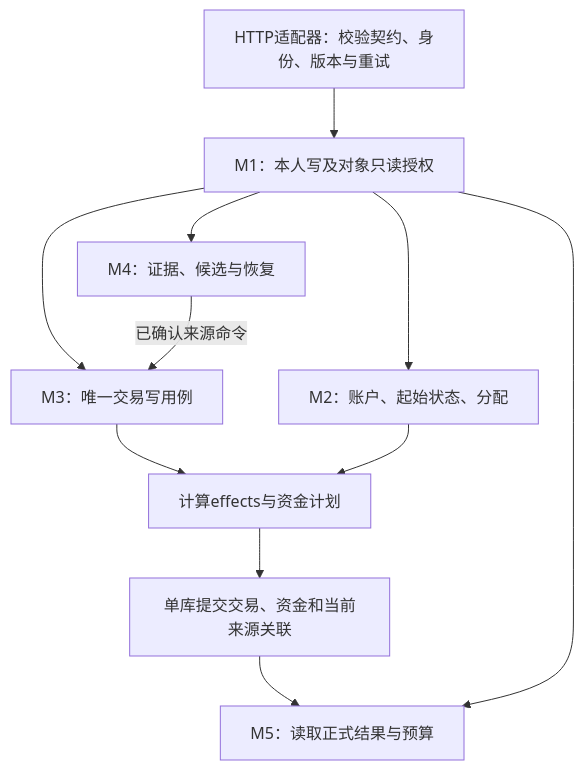
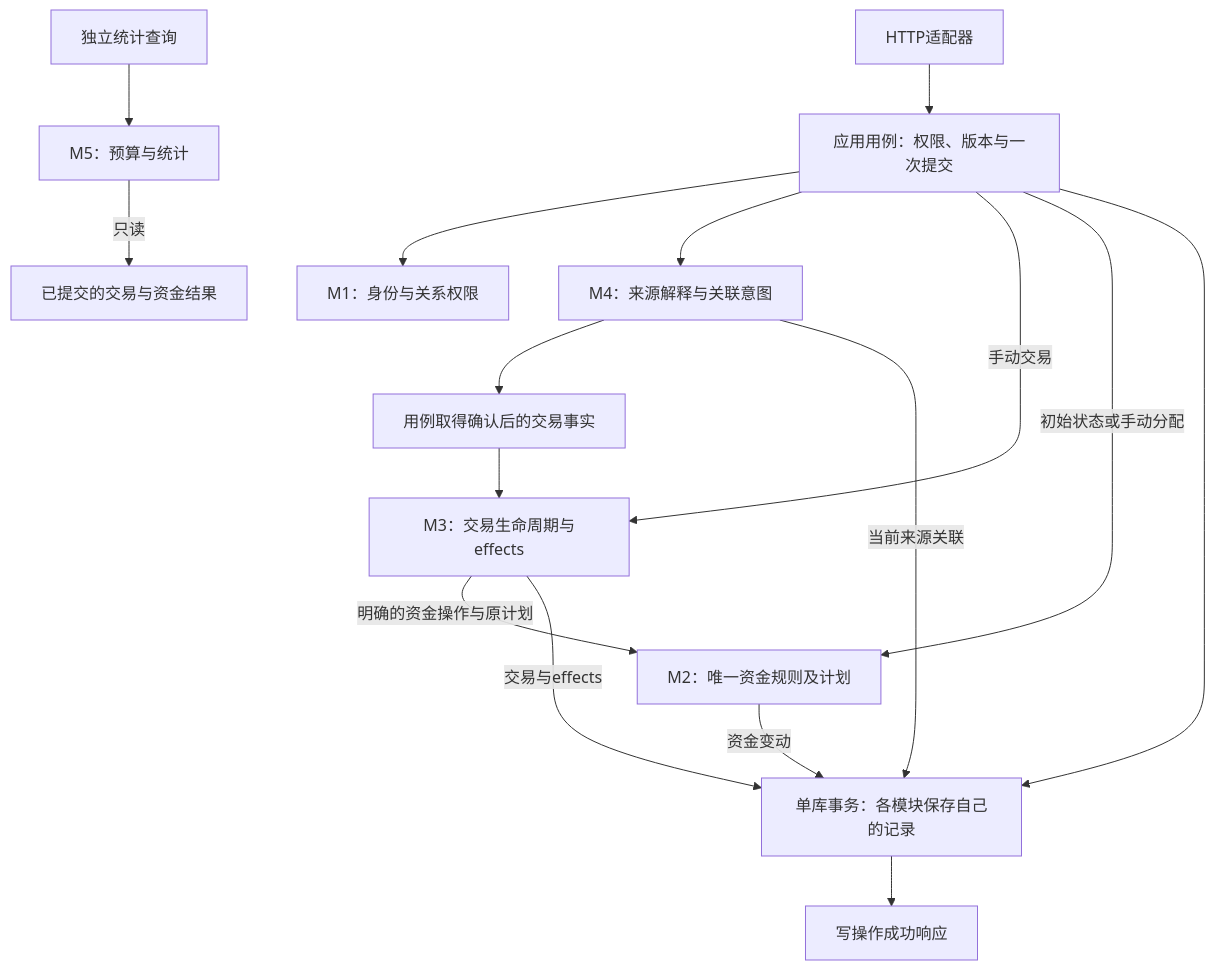
Before and after one commit to AsteriaAnna/ledger-final: the diagram in docs/ENGINEERING_MODULE_BOUNDARIES.md, drawn with Mermaid. The commit also changed other lines of this file and 7 other files, not shown here.

````diff
--- a/docs/ENGINEERING_MODULE_BOUNDARIES.md
+++ b/docs/ENGINEERING_MODULE_BOUNDARIES.md
@@ -109,13 +113,18 @@
 ```mermaid
 flowchart TB
-  API["HTTP适配器：校验契约、身份、版本与重试"] --> M1["M1：本人写及对象只读授权"]
-  M1 --> M2["M2：账户、起始状态、分配"]
-  M1 --> M3["M3：唯一交易写用例"]
-  M1 --> M4["M4：证据、候选与恢复"]
-  M4 -->|已确认来源命令| M3
-  M3 --> Funds["计算effects与资金计划"]
-  M2 --> Funds
-  Funds --> Commit["单库提交交易、资金和当前来源关联"]
-  Commit --> M5["M5：读取正式结果与预算"]
-  M1 --> M5
+  API["HTTP适配器"] --> App["应用用例：权限、版本与一次提交"]
+  App --> M1["M1：身份与关系权限"]
+  App --> M4["M4：来源解释与关联意图"]
+  M4 --> Facts["用例取得确认后的交易事实"]
+  Facts --> M3["M3：交易生命周期与effects"]
+  App -->|手动交易| M3
+  M3 -->|明确的资金操作与原计划| M2["M2：唯一资金规则及计划"]
+  App -->|初始状态或手动分配| M2
+  App --> Commit["单库事务：各模块保存自己的记录"]
+  M3 -->|交易与effects| Commit
+  M2 -->|资金变动| Commit
+  M4 -->|当前来源关联| Commit
+  Commit --> Done["写操作成功响应"]
+  Query["独立统计查询"] --> M5["M5：预算与统计"]
+  M5 -->|只读| Saved["已提交的交易与资金结果"]
 ```
````
